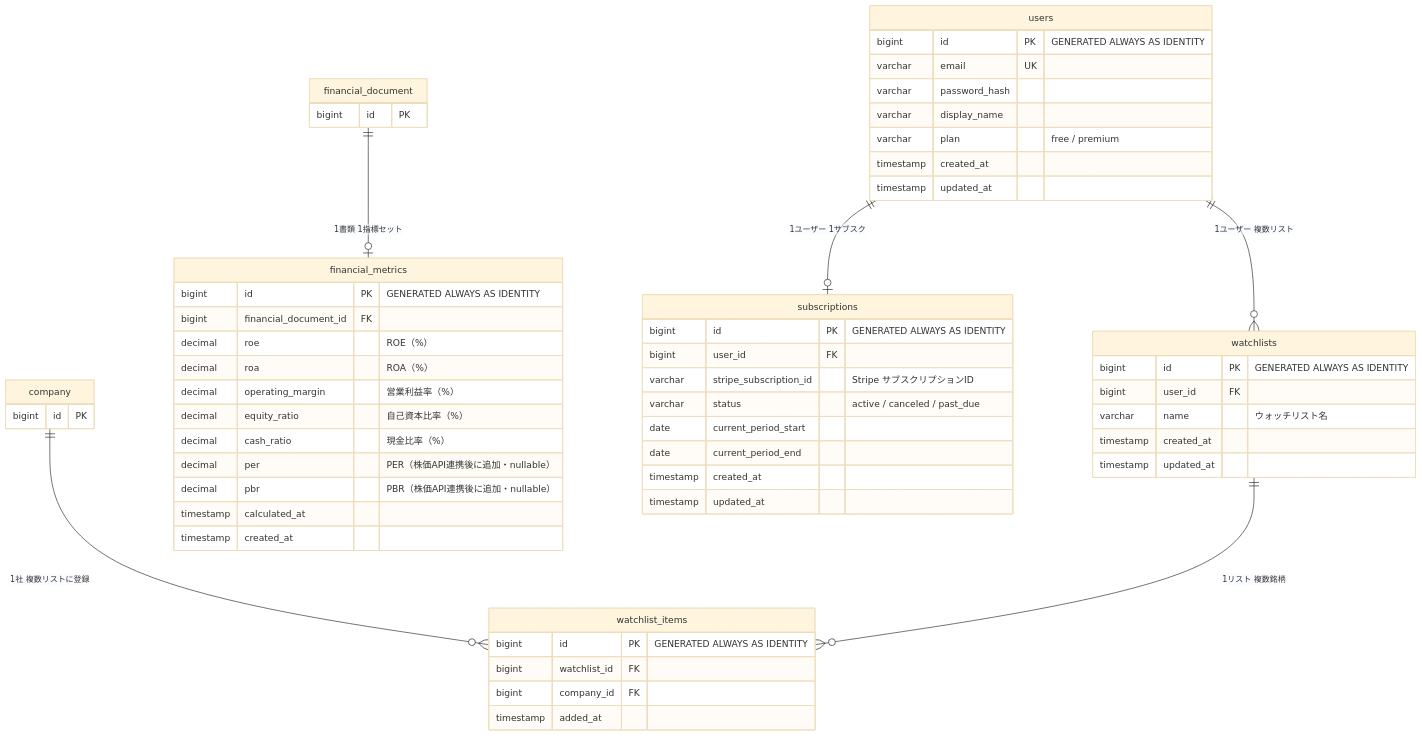
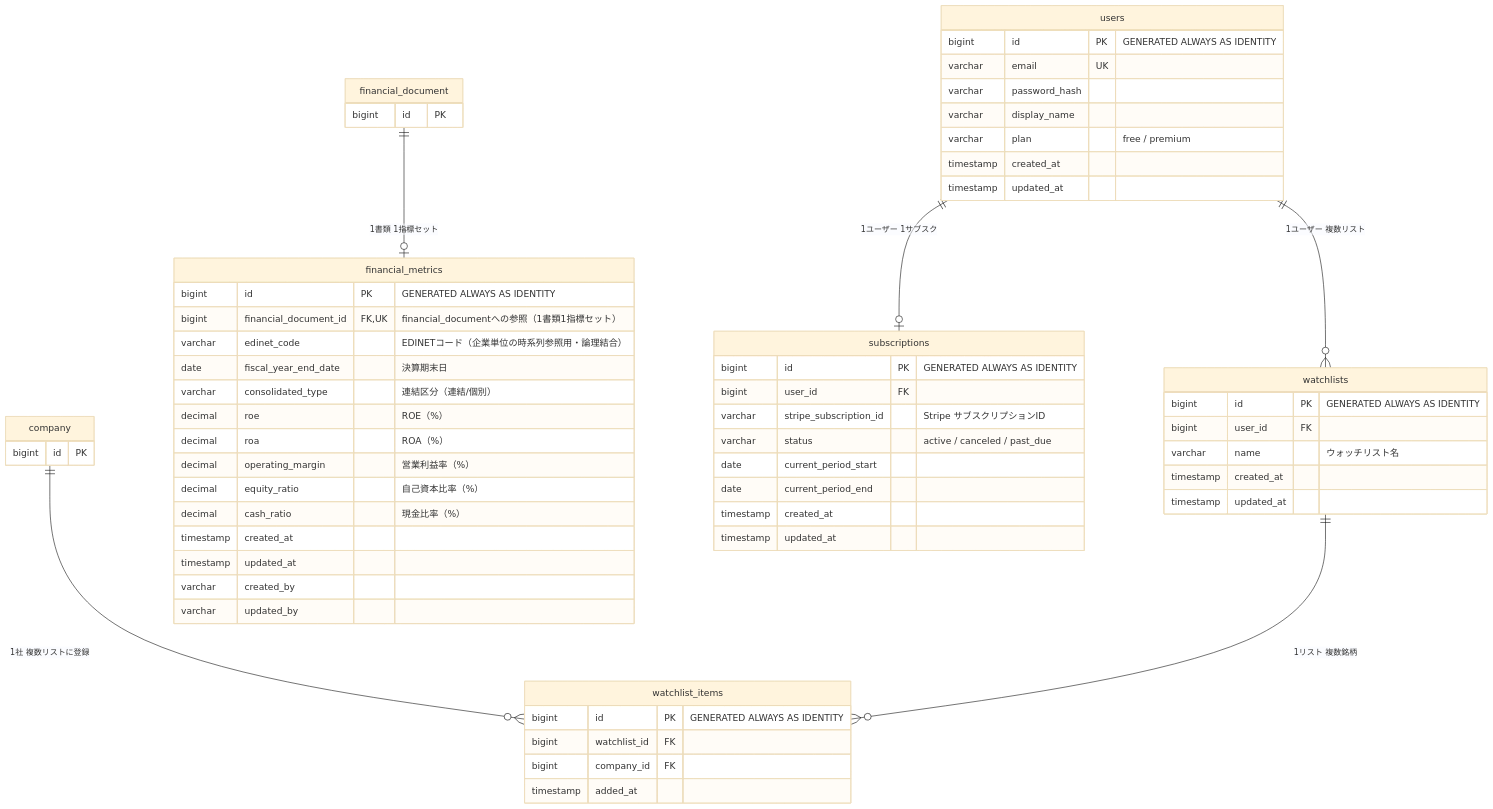
One commit to kenichi04/financial-data-app changed the second of 2 diagrams in backend/docs/er_diagram.md. Above: the diagram before and after it, drawn with Mermaid (base theme). The commit also changed other lines of this file and 6 other files, not shown here.

````diff
--- a/backend/docs/er_diagram.md
+++ b/backend/docs/er_diagram.md
@@ -106,67 +106,70 @@
 ```mermaid
 erDiagram
 
     financial_document {
         bigint  id  PK
     }
 
     company {
         bigint  id  PK
     }
 
     financial_metrics {
         bigint      id                      PK  "GENERATED ALWAYS AS IDENTITY"
-        bigint      financial_document_id   FK
+        bigint      financial_document_id   FK,UK  "financial_documentへの参照（1書類1指標セット）"
+        varchar     edinet_code                 "EDINETコード（企業単位の時系列参照用・論理結合）"
+        date        fiscal_year_end_date        "決算期末日"
+        varchar     consolidated_type           "連結区分（連結/個別）"
         decimal     roe                         "ROE（%）"
         decimal     roa                         "ROA（%）"
         decimal     operating_margin            "営業利益率（%）"
         decimal     equity_ratio                "自己資本比率（%）"
         decimal     cash_ratio                  "現金比率（%）"
-        decimal     per                         "PER（株価API連携後に追加・nullable）"
-        decimal     pbr                         "PBR（株価API連携後に追加・nullable）"
-        timestamp   calculated_at
         timestamp   created_at
+        timestamp   updated_at
+        varchar     created_by
+        varchar     updated_by
     }
 
     users {
         bigint      id              PK  "GENERATED ALWAYS AS IDENTITY"
         varchar     email           UK
         varchar     password_hash
         varchar     display_name
         varchar     plan                "free / premium"
         timestamp   created_at
         timestamp   updated_at
     }
 
     subscriptions {
         bigint      id                      PK  "GENERATED ALWAYS AS IDENTITY"
         bigint      user_id                 FK
         varchar     stripe_subscription_id      "Stripe サブスクリプションID"
         varchar     status                      "active / canceled / past_due"
         date        current_period_start
         date        current_period_end
         timestamp   created_at
         timestamp   updated_at
     }
 
     watchlists {
         bigint      id          PK  "GENERATED ALWAYS AS IDENTITY"
         bigint      user_id     FK
         varchar     name            "ウォッチリスト名"
         timestamp   created_at
         timestamp   updated_at
     }
 
     watchlist_items {
         bigint      id              PK  "GENERATED ALWAYS AS IDENTITY"
         bigint      watchlist_id    FK
         bigint      company_id      FK
         timestamp   added_at
     }
 
     financial_document  ||--o|  financial_metrics  : "1書類 1指標セット"
     users               ||--o|  subscriptions      : "1ユーザー 1サブスク"
     users               ||--o{ watchlists          : "1ユーザー 複数リスト"
     watchlists          ||--o{ watchlist_items      : "1リスト 複数銘柄"
     company             ||--o{ watchlist_items      : "1社 複数リストに登録"
 ```
````
